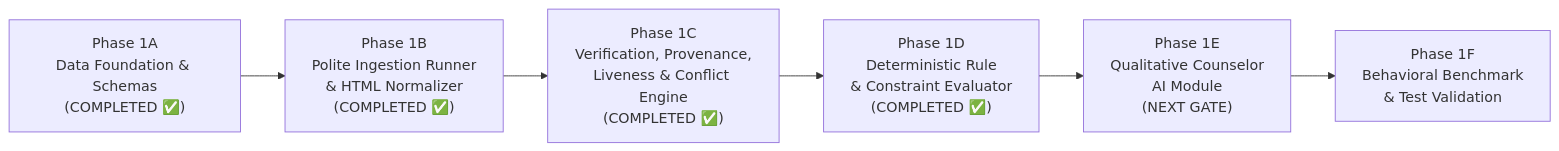
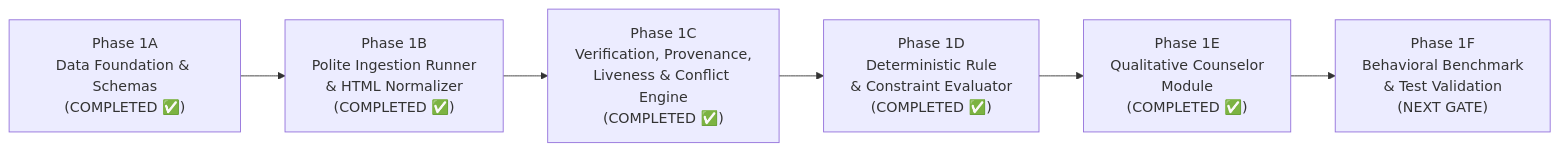
The diagram in docs/phase-1/README.md (ezekiyastsegaye123-cmyk/scholarship_project), drawn with Mermaid before and after one commit. The commit also changed other lines of this file and 17 other files, not shown here.

Commit message:
feat(phase-1e): implement qualitative scholarship counselor module

````diff
--- a/docs/phase-1/README.md
+++ b/docs/phase-1/README.md
@@ -15,8 +15,8 @@
 ```mermaid
 flowchart LR
     P1A["Phase 1A<br/>Data Foundation & Schemas<br/>(COMPLETED ✅)"] --> P1B["Phase 1B<br/>Polite Ingestion Runner<br/>& HTML Normalizer<br/>(COMPLETED ✅)"]
     P1B --> P1C["Phase 1C<br/>Verification, Provenance,<br/>Liveness & Conflict Engine<br/>(COMPLETED ✅)"]
     P1C --> P1D["Phase 1D<br/>Deterministic Rule<br/>& Constraint Evaluator<br/>(COMPLETED ✅)"]
-    P1D --> P1E["Phase 1E<br/>Qualitative Counselor<br/>AI Module<br/>(NEXT GATE)"]
-    P1E --> P1F["Phase 1F<br/>Behavioral Benchmark<br/>& Test Validation"]
+    P1D --> P1E["Phase 1E<br/>Qualitative Counselor<br/>Module<br/>(COMPLETED ✅)"]
+    P1E --> P1F["Phase 1F<br/>Behavioral Benchmark<br/>& Test Validation<br/>(NEXT GATE)"]
 ```
````
